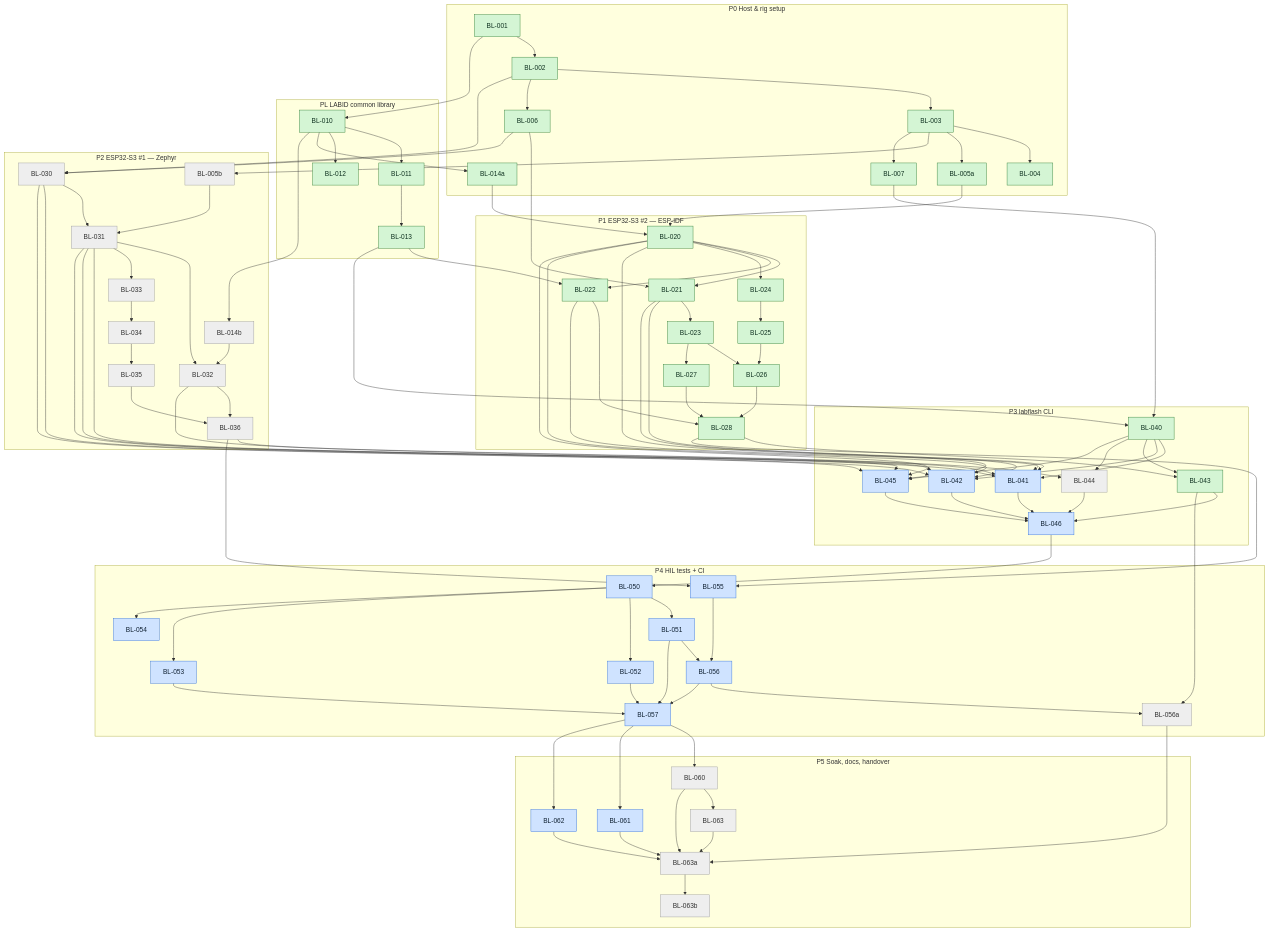
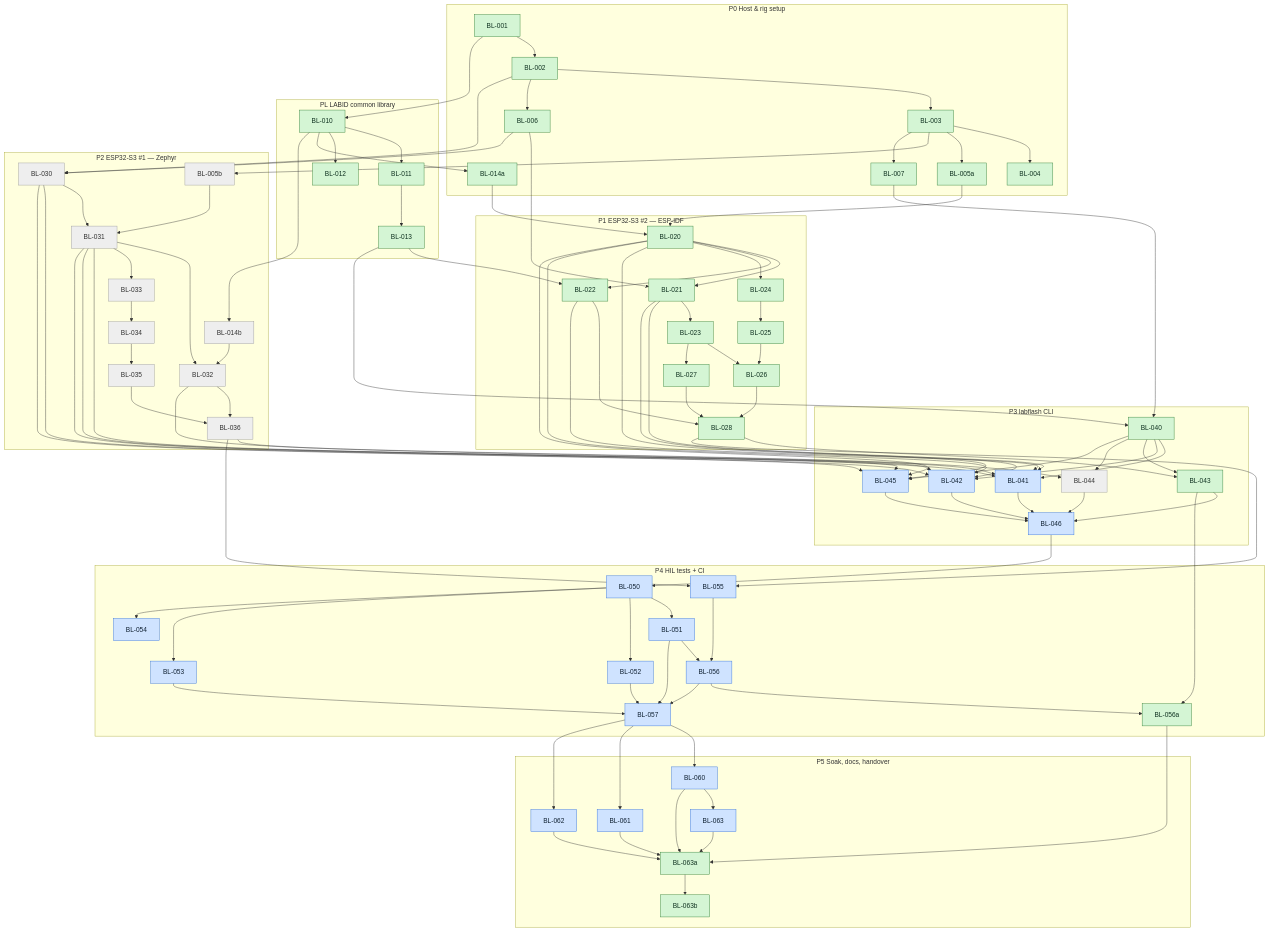
The third of 3 diagrams in tickets/TICKETS.md (mohamed-soubhi/bootlab-esp), drawn with Mermaid before and after one commit. The commit also changed other lines of this file and 15 other files, not shown here.

```diff
--- a/tickets/TICKETS.md
+++ b/tickets/TICKETS.md
@@ -1088,16 +1088,16 @@
         BL054["BL-054"]:::doing
         BL055["BL-055"]:::doing
         BL056["BL-056"]:::doing
-        BL056a["BL-056a"]:::todo
+        BL056a["BL-056a"]:::done
         BL057["BL-057"]:::doing
     end
     subgraph E5_g["P5 Soak, docs, handover"]
-        BL060["BL-060"]:::todo
+        BL060["BL-060"]:::doing
         BL061["BL-061"]:::doing
         BL062["BL-062"]:::doing
-        BL063["BL-063"]:::todo
-        BL063a["BL-063a"]:::todo
-        BL063b["BL-063b"]:::todo
+        BL063["BL-063"]:::doing
+        BL063a["BL-063a"]:::done
+        BL063b["BL-063b"]:::done
     end
     BL001 --> BL002
     BL002 --> BL003
```
